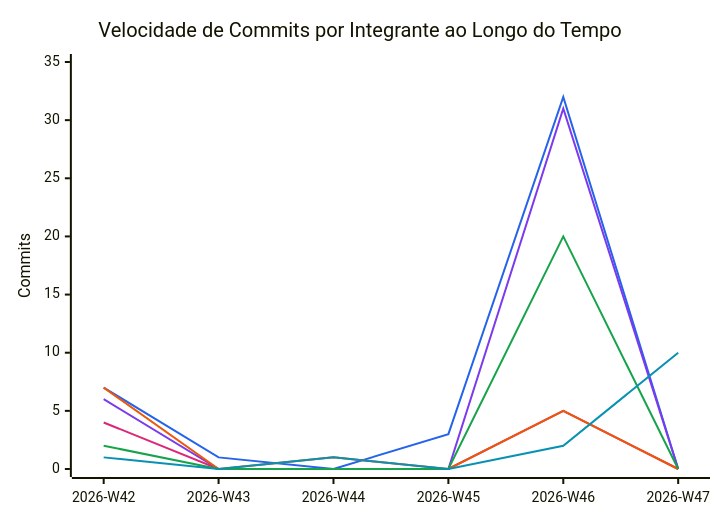
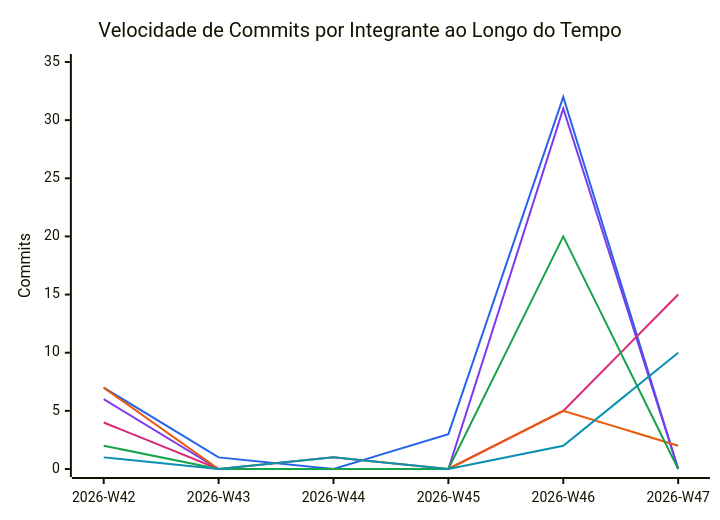
One commit to FCTE-Qualidade-de-Software-1/2026-2_T02_KAY_MCNULTY changed the diagram in snippets/commit-velocity.mmd. Above: the diagram before and after it, drawn with Mermaid. The commit also changed 3 other files, not shown here.

```diff
--- a/snippets/commit-velocity.mmd
+++ b/snippets/commit-velocity.mmd
@@ -1,11 +1,11 @@
 %%{init: {"themeVariables": {"xyChart": {"plotColorPalette": "#2563eb, #7c3aed, #db2777, #ea580c, #16a34a, #0891b2"}}}}%%
 xychart-beta
     title "Velocidade de Commits por Integrante ao Longo do Tempo"
     x-axis ["2026-W42", "2026-W43", "2026-W44", "2026-W45", "2026-W46", "2026-W47"]
     y-axis "Commits" 0 --> 35
     line [7, 1, 0, 3, 32, 0]
     line [6, 0, 0, 0, 31, 0]
-    line [4, 0, 0, 0, 5, 0]
-    line [7, 0, 1, 0, 5, 0]
+    line [4, 0, 0, 0, 5, 15]
+    line [7, 0, 1, 0, 5, 2]
     line [2, 0, 0, 0, 20, 0]
     line [1, 0, 1, 0, 2, 10]
```
